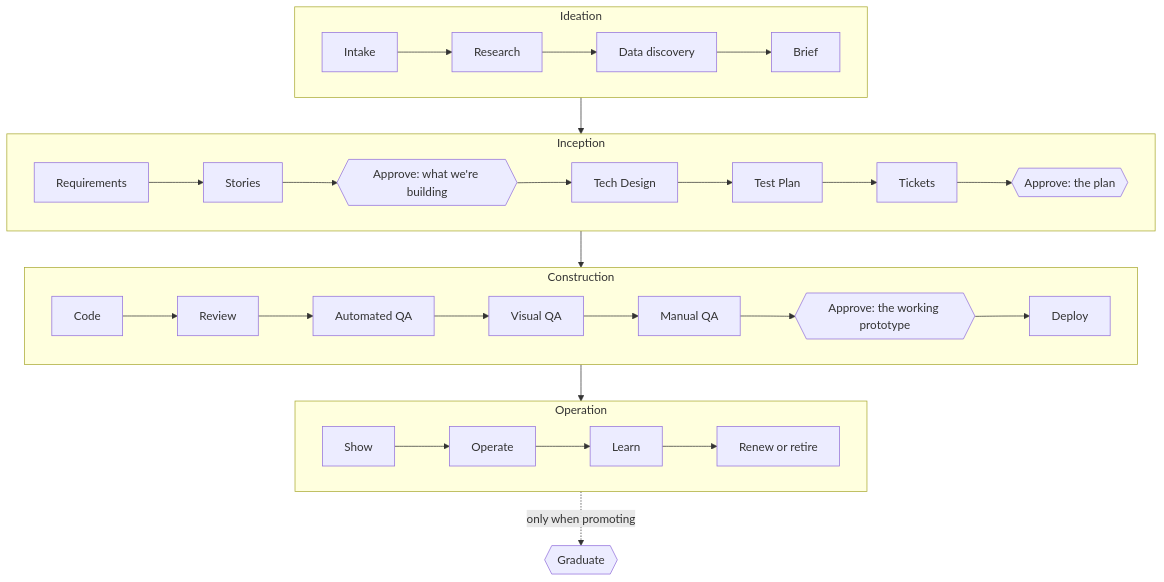
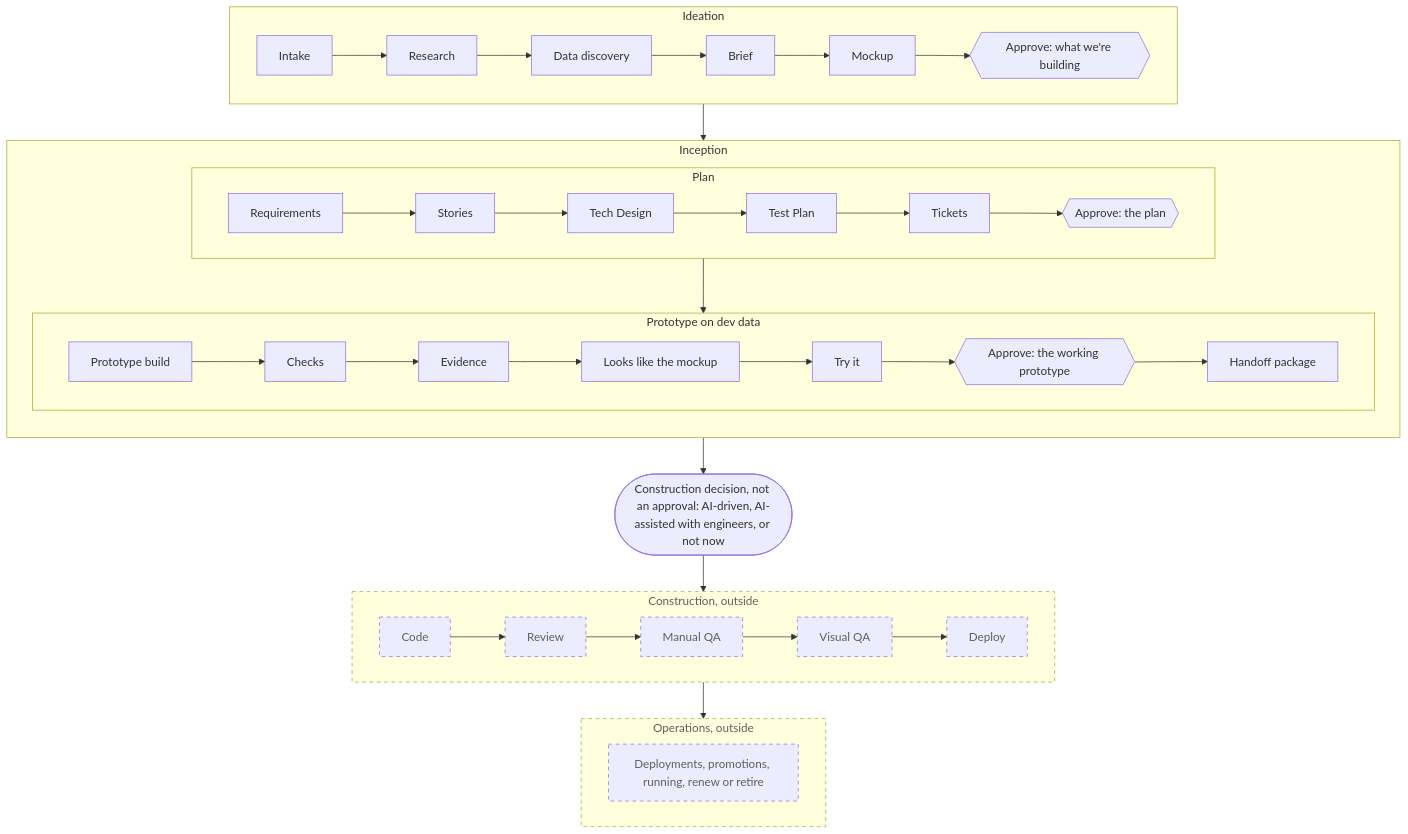
The first of 5 diagrams in docs/ua-dlc/enterprise-plan.md (eitanflor/ua-hyperdelivery), drawn with Mermaid before and after one commit. The commit also changed other lines of this file and 74 other files, not shown here.

````diff
--- a/docs/ua-dlc/enterprise-plan.md
+++ b/docs/ua-dlc/enterprise-plan.md
@@ -191,21 +209,31 @@
 ```mermaid
 flowchart TB
   subgraph IDEATION[Ideation]
     direction LR
-    IN[Intake] --> RE[Research] --> DD[Data discovery] --> BR[Brief]
+    IN[Intake] --> RE[Research] --> DD[Data discovery] --> BR[Brief] --> MK[Mockup] --> A1{{Approve: what we're building}}
   end
   subgraph INCEPTION[Inception]
+    direction TB
+    subgraph PLAN[Plan]
+      direction LR
+      RQ[Requirements] --> ST[Stories] --> TD[Tech Design] --> TP[Test Plan] --> TK[Tickets] --> A2{{Approve: the plan}}
+    end
+    subgraph PROTO[Prototype on dev data]
+      direction LR
+      PB[Prototype build] --> CK[Checks] --> EV[Evidence] --> LM[Looks like the mockup] --> TR[Try it] --> A3{{Approve: the working prototype}} --> HO[Handoff package]
+    end
+    PLAN --> PROTO
+  end
+  CD(["Construction decision, not an approval: AI-driven, AI-assisted with engineers, or not now"])
+  subgraph CONSTRUCTION[Construction, outside]
     direction LR
-    RQ[Requirements] --> ST[Stories] --> A1{{Approve: what we're building}} --> TD[Tech Design] --> TP[Test Plan] --> TK[Tickets] --> A2{{Approve: the plan}}
+    CO[Code] --> RV[Review] --> MQ[Manual QA] --> VQ[Visual QA] --> DP[Deploy]
   end
-  subgraph CONSTRUCTION[Construction]
+  subgraph OPERATIONS[Operations, outside]
     direction LR
-    CO[Code] --> RV[Review] --> AQ[Automated QA] --> VQ[Visual QA] --> MQ[Manual QA] --> A3{{Approve: the working prototype}} --> DP[Deploy]
+    OPS[Deployments, promotions, running, renew or retire]
   end
-  subgraph OPERATION[Operation]
-    direction LR
-    SH[Show] --> OP[Operate] --> LE[Learn] --> RR[Renew or retire]
-  end
-  IDEATION --> INCEPTION --> CONSTRUCTION --> OPERATION
-  OPERATION -. only when promoting .-> GR{{Graduate}}
+  IDEATION --> INCEPTION --> CD --> CONSTRUCTION --> OPERATIONS
+  classDef outside stroke-dasharray: 5 5,color:#5F5F5F
+  class CONSTRUCTION,OPERATIONS,CO,RV,MQ,VQ,DP,OPS outside
 ```
````
